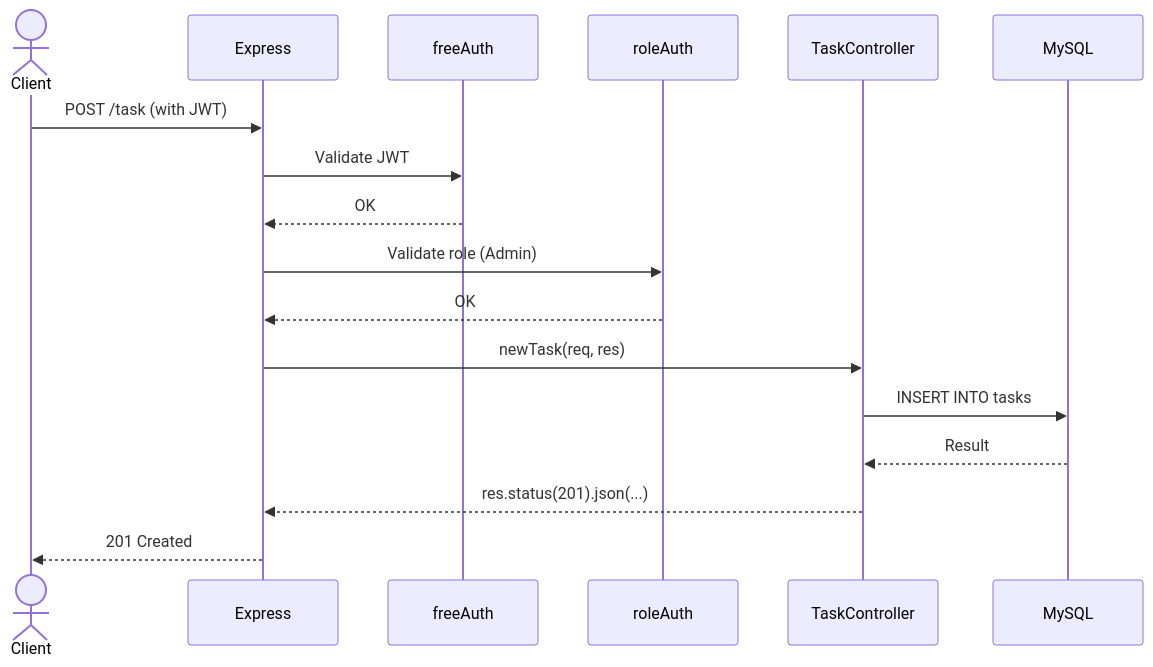
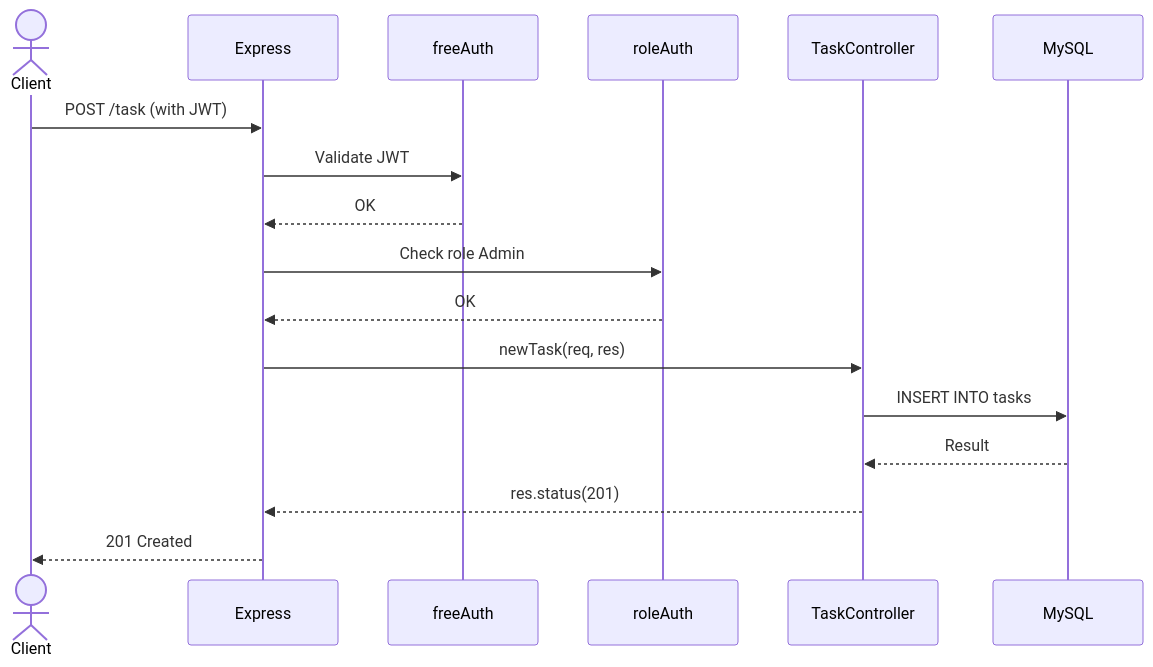
The third of 5 diagrams in README.md (tioneOliveira/taskColaborationProject), drawn with Mermaid before and after one commit. The commit also changed other lines of this file and 1 other file, not shown here.

````diff
--- a/README.md
+++ b/README.md
@@ -143,21 +171,21 @@
 ```mermaid
 %%{init: {'theme': 'default'}}%%
 sequenceDiagram
   actor Client
   participant Express
   participant freeAuth
   participant roleAuth
   participant TaskController
   participant DB as MySQL
 
   Client->>Express: POST /task (with JWT)
   Express->>freeAuth: Validate JWT
   freeAuth-->>Express: OK
-  Express->>roleAuth: Validate role (Admin)
+  Express->>roleAuth: Check role Admin
   roleAuth-->>Express: OK
   Express->>TaskController: newTask(req, res)
   TaskController->>DB: INSERT INTO tasks
   DB-->>TaskController: Result
-  TaskController-->>Express: res.status(201).json(...)
+  TaskController-->>Express: res.status(201)
   Express-->>Client: 201 Created
 ```
````
